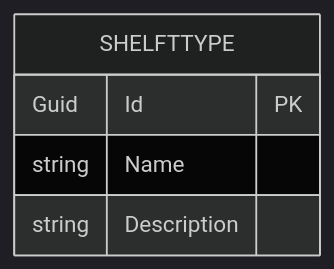
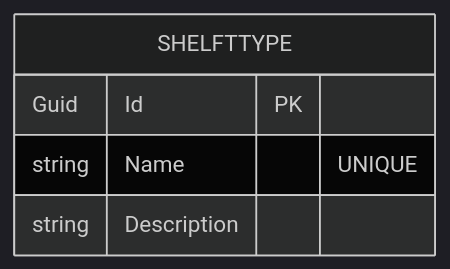
Before and after one commit to DMOoF25-TEAM11/ShelfMarket: the diagram in docs/sprint-1/UseCase005-AdministrateShelfType/DatabaseSchema.mmd, drawn with Mermaid (dark theme). The commit also changed 3 other files, not shown here.

```diff
--- a/docs/sprint-1/UseCase005-AdministrateShelfType/DatabaseSchema.mmd
+++ b/docs/sprint-1/UseCase005-AdministrateShelfType/DatabaseSchema.mmd
@@ -1,6 +1,6 @@
 erDiagram
     SHELFTTYPE {
         Guid Id PK
-        string Name
+        string Name "UNIQUE"
         string Description
     }
```
